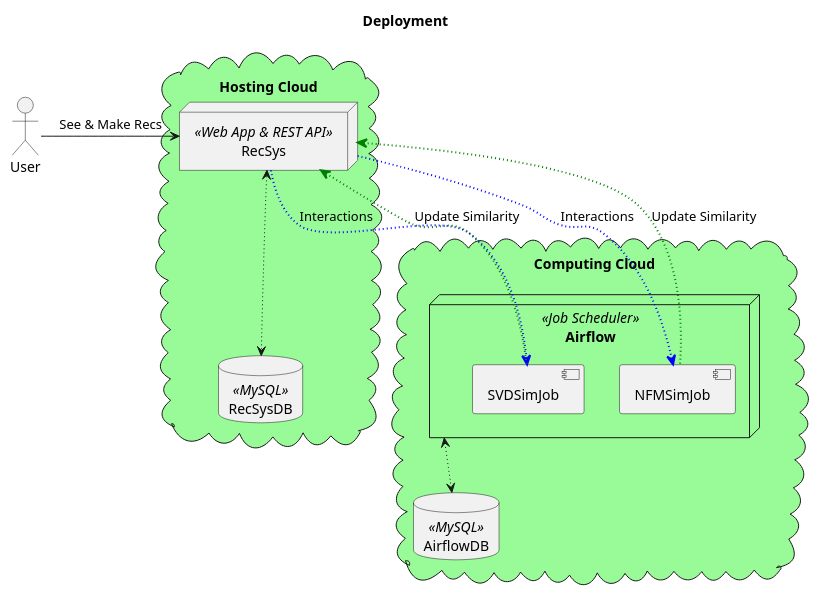
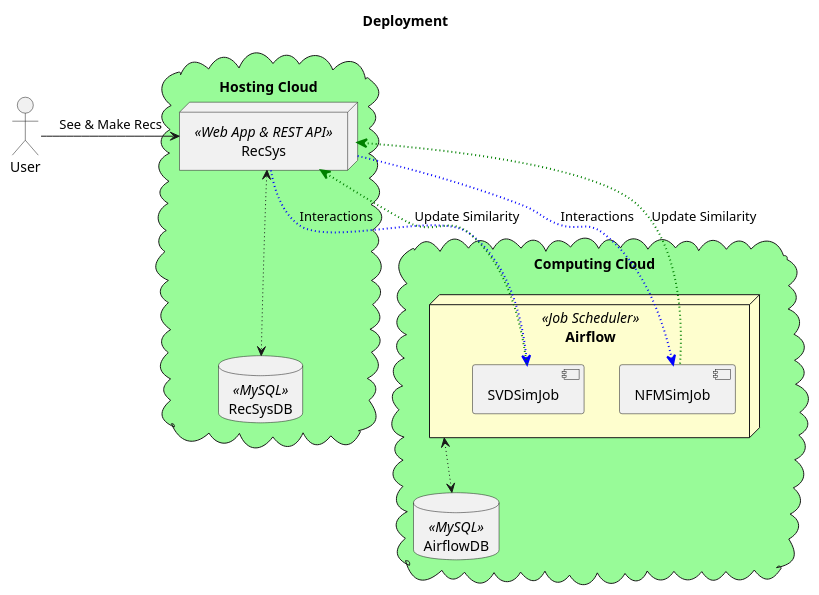
The diagram in diagrams/deployment.puml (magistery-tps/rec-sys-client-lib), drawn with PlantUML before and after one commit. The commit also changed 1 other file, not shown here.

Commit message:
feat: update diagram

```diff
--- a/diagrams/deployment.puml
+++ b/diagrams/deployment.puml
@@ -1,28 +1,28 @@
 @startuml
 title Deployment
 
 actor User
 
 cloud "Hosting Cloud" #palegreen {
     node RecSys <<Web App & REST API>>
     database RecSysDB <<MySQL>>
 }
 
 cloud "Computing Cloud" #palegreen {
-    node Airflow <<Job Scheduler>> {
+    node Airflow <<Job Scheduler>> #FEFECE {
         artifact [SVDSimJob]
         artifact [NFMSimJob]
     }
     database AirflowDB <<MySQL>>
 }
 
 
 User -r-> RecSys: See & Make Recs
 RecSys -[#blue,dotted,thickness=2]-> SVDSimJob: Interactions
 RecSys <-[#green,dotted,thickness=2]- SVDSimJob: Update Similarity
 RecSys -[#blue,dotted,thickness=2]-> NFMSimJob: Interactions
 RecSys <-[#green,dotted,thickness=2]- NFMSimJob: Update Similarity
 
 RecSys <-[dotted,thickness=1]-> RecSysDB
 Airflow <-[dotted,thickness=1]-> AirflowDB
 @enduml
```
